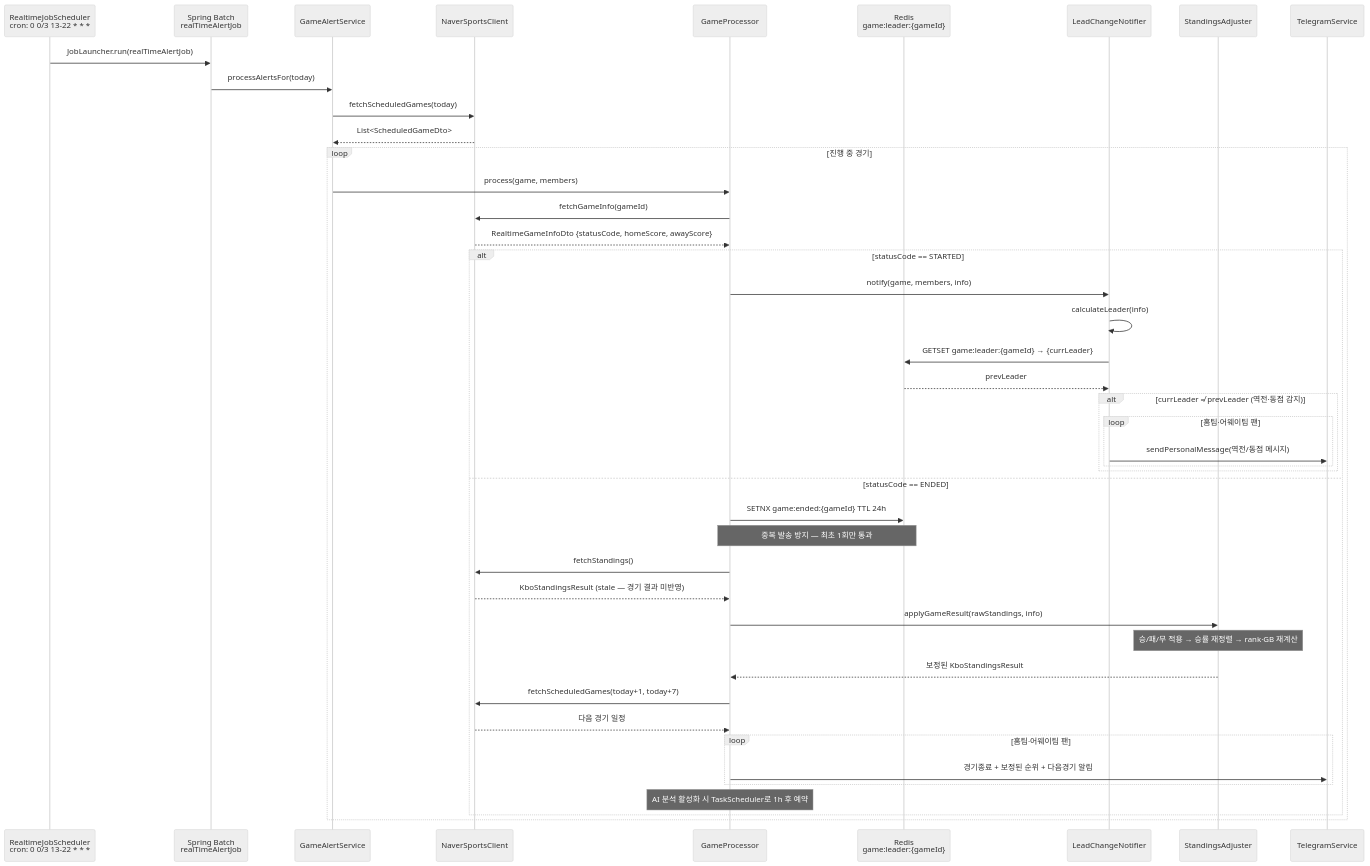
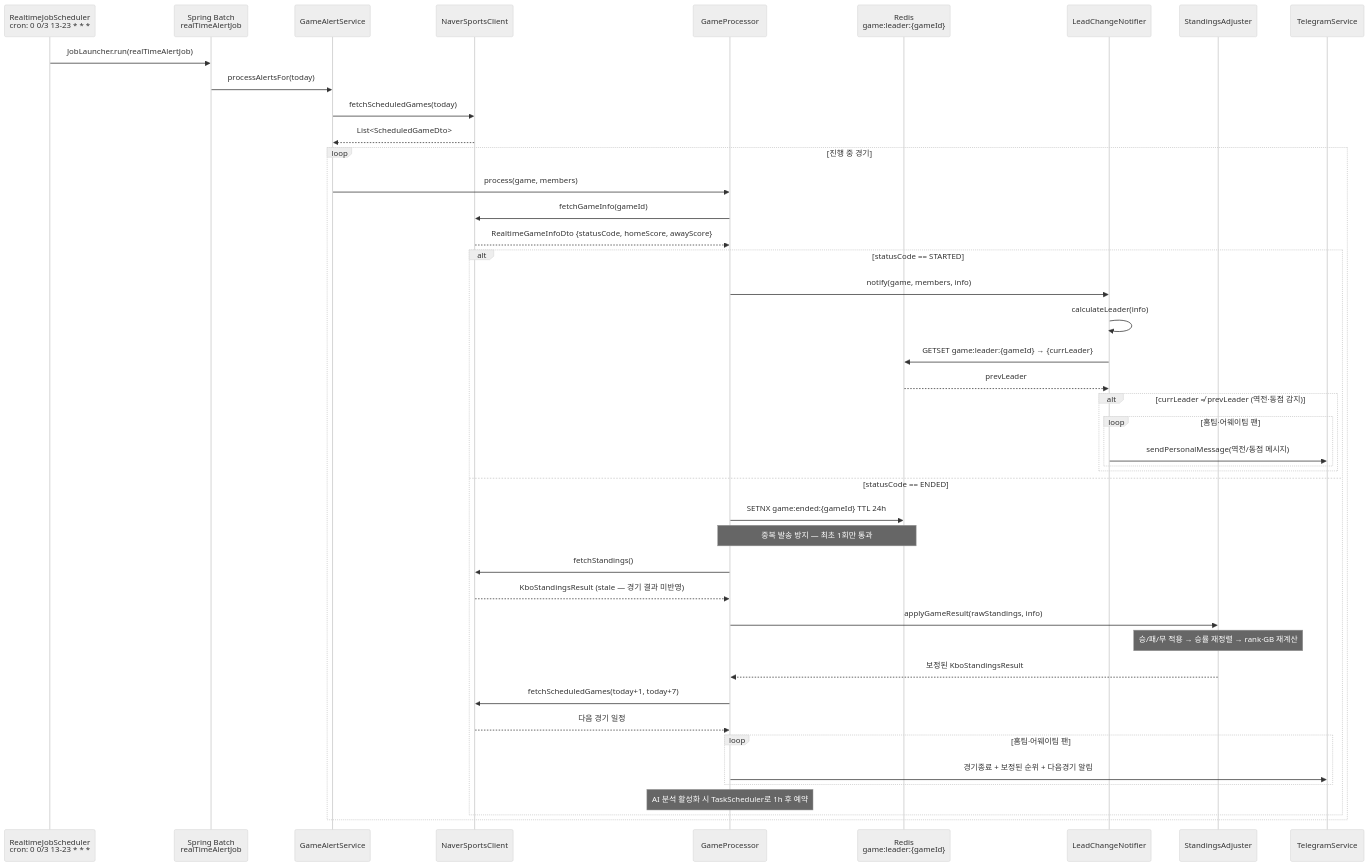
The fourth of 7 diagrams in README.md (oxdjww/Baseball-AI-Agent), drawn with Mermaid (neutral theme) before and after one commit. The commit also changed other lines of this file, not shown here.

First line of the commit message:
Docs: 관제 시스템 · OpenClaw 장애탐지 구조도 README 상세화

````diff
--- a/README.md
+++ b/README.md
@@ -151,54 +151,54 @@
 ```mermaid
 sequenceDiagram
-    participant Cron as RealtimeJobScheduler<br/>cron: 0 0/3 13-22 * * *
+    participant Cron as RealtimeJobScheduler<br/>cron: 0 0/3 13-23 * * *
     participant Batch as Spring Batch<br/>realTimeAlertJob
     participant Service as GameAlertService
     participant Naver as NaverSportsClient
     participant Proc as GameProcessor
     participant Redis as Redis<br/>game:leader:{gameId}
     participant Notifier as LeadChangeNotifier
     participant Adjuster as StandingsAdjuster
     participant TG as TelegramService
 
     Cron->>Batch: JobLauncher.run(realTimeAlertJob)
     Batch->>Service: processAlertsFor(today)
     Service->>Naver: fetchScheduledGames(today)
     Naver-->>Service: List<ScheduledGameDto>
 
     loop 진행 중 경기
         Service->>Proc: process(game, members)
         Proc->>Naver: fetchGameInfo(gameId)
         Naver-->>Proc: RealtimeGameInfoDto {statusCode, homeScore, awayScore}
 
         alt statusCode == STARTED
             Proc->>Notifier: notify(game, members, info)
             Notifier->>Notifier: calculateLeader(info)
             Notifier->>Redis: GETSET game:leader:{gameId} → {currLeader}
             Redis-->>Notifier: prevLeader
 
             alt currLeader ≠ prevLeader (역전·동점 감지)
                 loop 홈팀·어웨이팀 팬
                     Notifier->>TG: sendPersonalMessage(역전/동점 메시지)
                 end
             end
 
         else statusCode == ENDED
             Proc->>Redis: SETNX game:ended:{gameId} TTL 24h
             Note over Proc,Redis: 중복 발송 방지 — 최초 1회만 통과
 
             Proc->>Naver: fetchStandings()
             Naver-->>Proc: KboStandingsResult (stale — 경기 결과 미반영)
             Proc->>Adjuster: applyGameResult(rawStandings, info)
             Note over Adjuster: 승/패/무 적용 → 승률 재정렬 → rank·GB 재계산
             Adjuster-->>Proc: 보정된 KboStandingsResult
             Proc->>Naver: fetchScheduledGames(today+1, today+7)
             Naver-->>Proc: 다음 경기 일정
 
             loop 홈팀·어웨이팀 팬
                 Proc->>TG: 경기종료 + 보정된 순위 + 다음경기 알림
             end
 
             Note over Proc: AI 분석 활성화 시 TaskScheduler로 1h 후 예약
         end
     end
 ```
````
